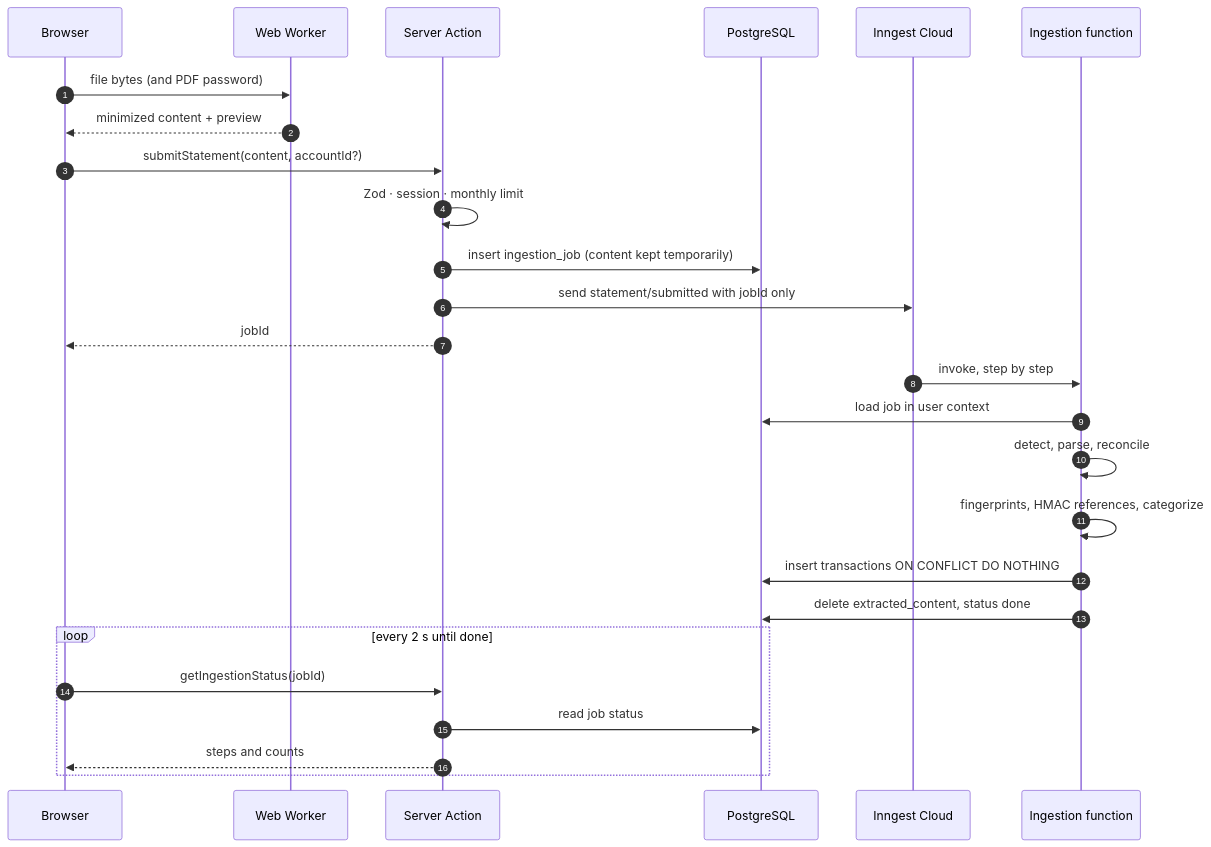
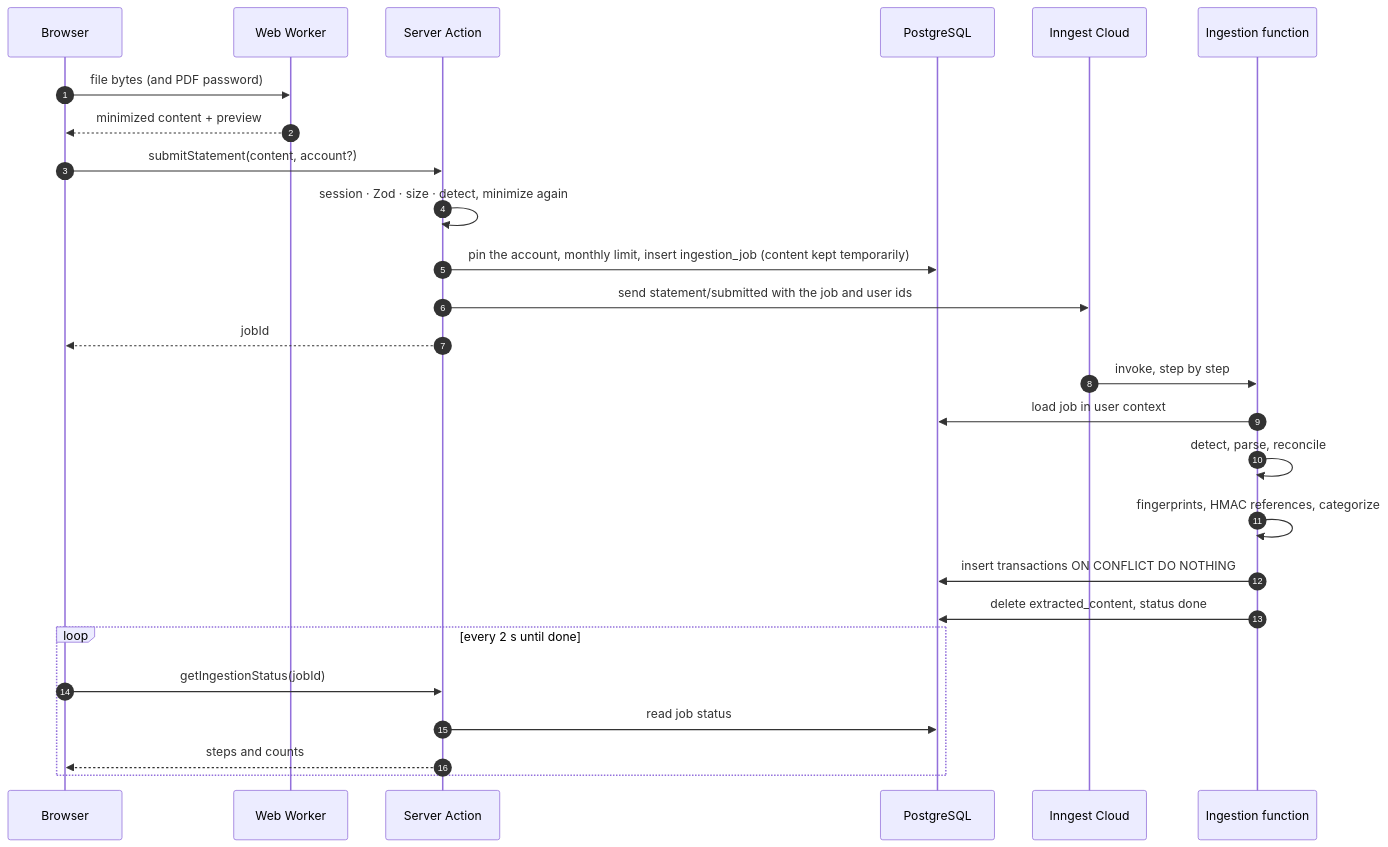
Before and after one commit to ingcarlostello/xtrakto: the second of 7 diagrams in docs/ARCHITECTURE.md, drawn with Mermaid. The commit also changed other lines of this file and 36 other files, not shown here.

First line of the commit message:
feat(web): submit statement action and ingestion job

````diff
--- a/docs/ARCHITECTURE.md
+++ b/docs/ARCHITECTURE.md
@@ -95,28 +95,28 @@
 ```mermaid
 sequenceDiagram
     autonumber
     participant B as Browser
     participant W as Web Worker
     participant S as Server Action
     participant DB as PostgreSQL
     participant I as Inngest Cloud
     participant F as Ingestion function
     B->>W: file bytes (and PDF password)
     W-->>B: minimized content + preview
-    B->>S: submitStatement(content, accountId?)
-    S->>S: Zod · session · monthly limit
-    S->>DB: insert ingestion_job (content kept temporarily)
-    S->>I: send statement/submitted with jobId only
+    B->>S: submitStatement(content, account?)
+    S->>S: session · Zod · size · detect, minimize again
+    S->>DB: pin the account, monthly limit, insert ingestion_job (content kept temporarily)
+    S->>I: send statement/submitted with the job and user ids
     S-->>B: jobId
     I->>F: invoke, step by step
     F->>DB: load job in user context
     F->>F: detect, parse, reconcile
     F->>F: fingerprints, HMAC references, categorize
     F->>DB: insert transactions ON CONFLICT DO NOTHING
     F->>DB: delete extracted_content, status done
     loop every 2 s until done
         B->>S: getIngestionStatus(jobId)
         S->>DB: read job status
         S-->>B: steps and counts
     end
 ```
````
